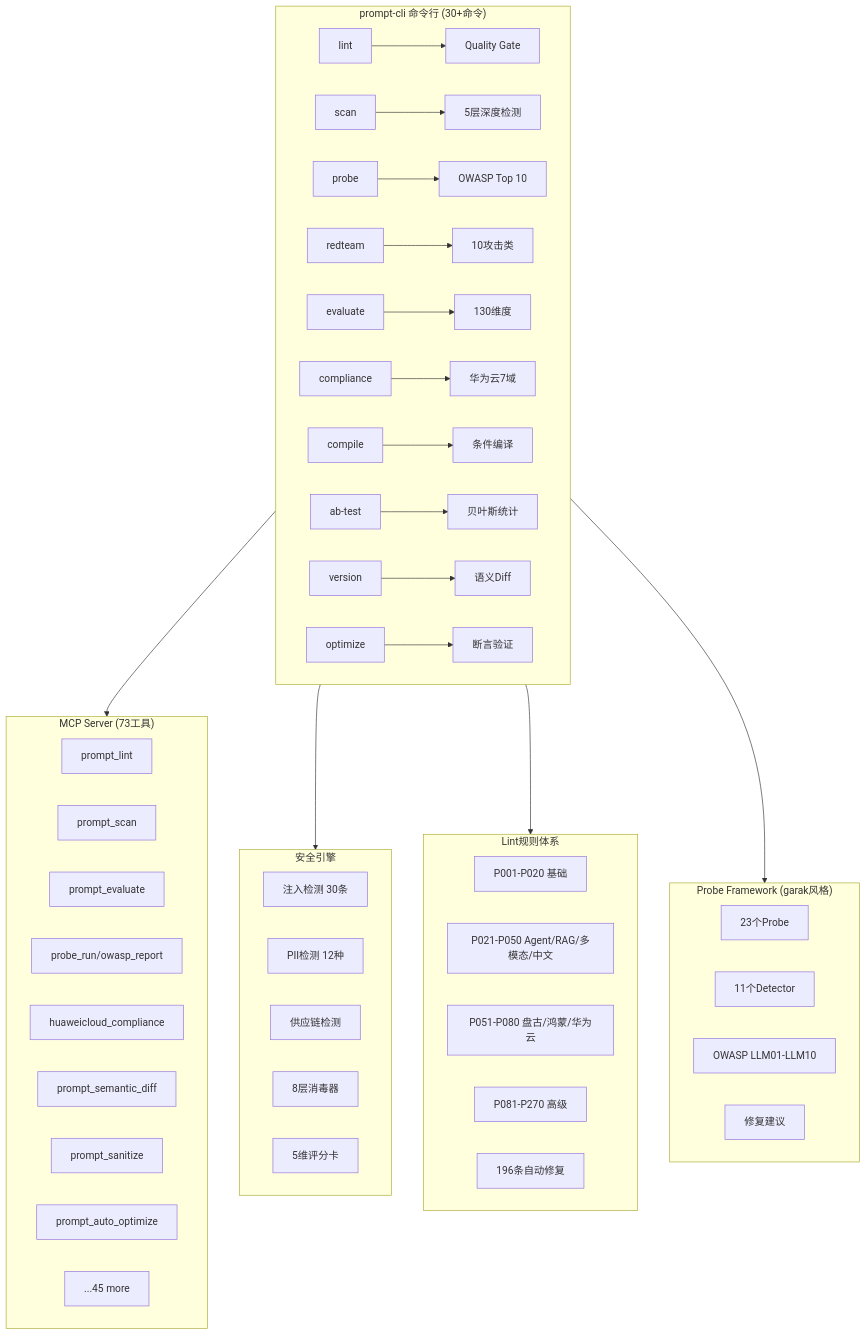
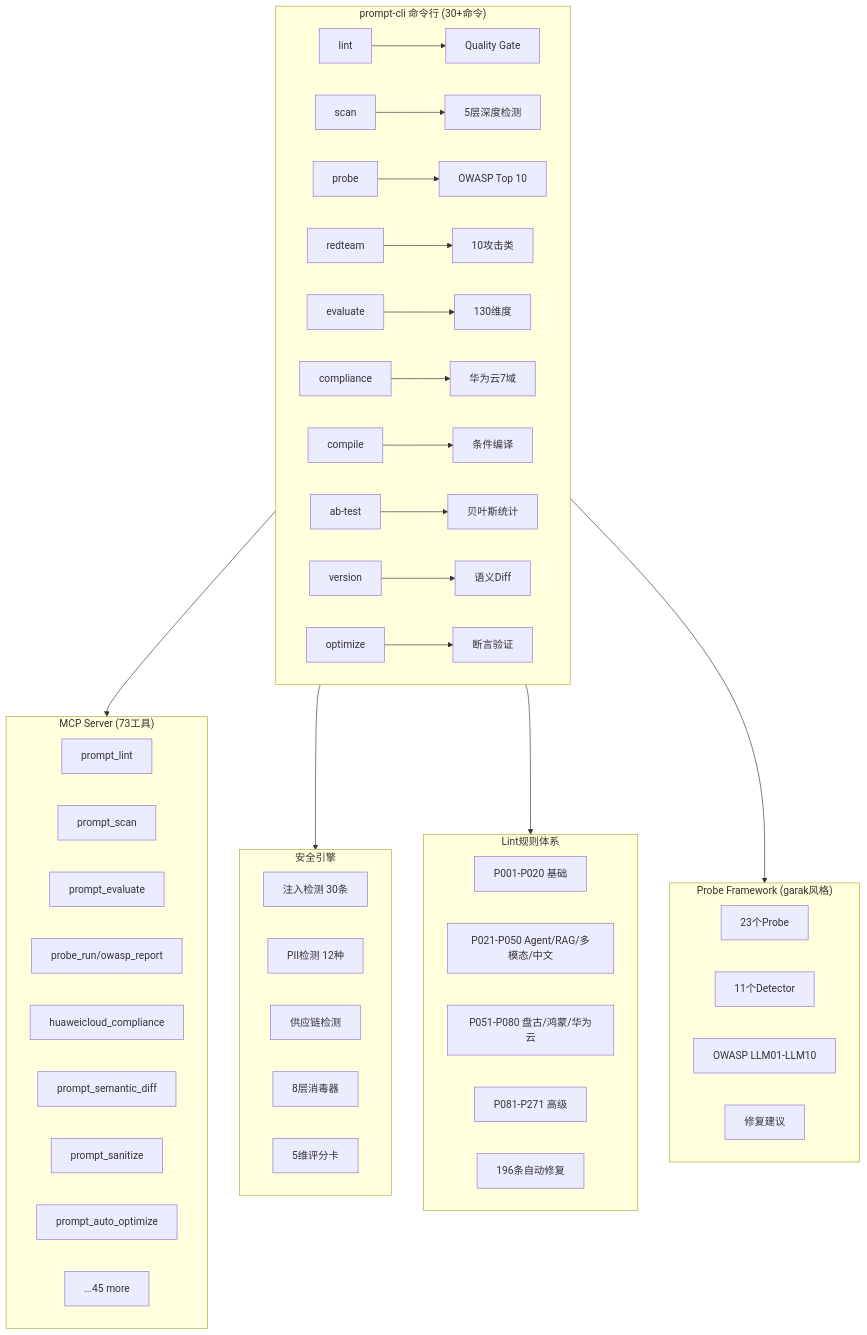
One commit to wqbcs/ai-prompt-toolkit changed the second of 2 diagrams in README.md. Above: the diagram before and after it, drawn with Mermaid. The commit also changed other lines of this file and 294 other files, not shown here.

````diff
--- a/README.md
+++ b/README.md
@@ -457,55 +457,55 @@
 ```mermaid
 graph TB
     subgraph CLI["prompt-cli 命令行 (30+命令)"]
         LINT[lint] --> GATE[Quality Gate]
         SCAN[scan] --> DEPTH[5层深度检测]
         PROBE[probe] --> OWASP[OWASP Top 10]
         REDTEAM[redteam] --> ATTACK[10攻击类]
         EVAL[evaluate] --> DIMS[130维度]
         COMPLIANCE[compliance] --> HC[华为云7域]
         COMPILE[compile] --> CMP[条件编译]
         AB[ab-test] --> BAYES[贝叶斯统计]
         VERSION[version] --> SDIFF[语义Diff]
         OPTIMIZE[optimize] --> ASSERT[断言验证]
     end
 
     subgraph MCP["MCP Server (73工具)"]
         MCP_LINT[prompt_lint]
         MCP_SCAN[prompt_scan]
         MCP_EVAL[prompt_evaluate]
         MCP_PROBE[probe_run/owasp_report]
         MCP_COMPLIANCE[huaweicloud_compliance]
         MCP_DIFF[prompt_semantic_diff]
         MCP_SANITIZE[prompt_sanitize]
         MCP_OPTIMIZE[prompt_auto_optimize]
         MCP_MORE[...45 more]
     end
 
     subgraph SECURITY["安全引擎"]
         INJ[注入检测 30条]
         PII[PII检测 12种]
         SUPPLY[供应链检测]
         SANITIZE[8层消毒器]
         SCORECARD[5维评分卡]
     end
 
     subgraph RULES["Lint规则体系"]
         R1[P001-P020 基础]
         R2[P021-P050 Agent/RAG/多模态/中文]
         R3[P051-P080 盘古/鸿蒙/华为云]
-        R4[P081-P270 高级]
+        R4[P081-P271 高级]
         FIXER[196条自动修复]
     end
 
     subgraph PROBES["Probe Framework (garak风格)"]
         P_15[23个Probe]
         D_8[11个Detector]
         OWASP_MAP[OWASP LLM01-LLM10]
         REMEDIATION[修复建议]
     end
 
     CLI --> MCP
     CLI --> SECURITY
     CLI --> RULES
     CLI --> PROBES
 ```
````
